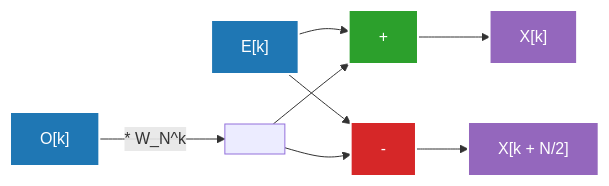
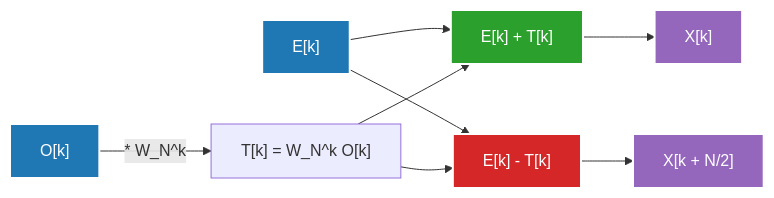
One commit to kenjinote/blog changed the diagram in content/post/fast-fourier-transform-algorithm/index.en.md. Above: the diagram before and after it, drawn with Mermaid. The commit also changed other lines of this file and 6 other files, not shown here.

````diff
--- a/content/post/fast-fourier-transform-algorithm/index.en.md
+++ b/content/post/fast-fourier-transform-algorithm/index.en.md
@@ -94,17 +101,17 @@
 ```mermaid
 graph LR
-    A["E[k]"] --> C["+"]
-    A --> D["-"]
-    B["O[k]"] -- "* W_N^k" --> X[" "]
+    A["E[k]"] --> C["E[k] + T[k]"]
+    A --> D["E[k] - T[k]"]
+    B["O[k]"] -- "* W_N^k" --> X["T[k] = W_N^k O[k]"]
     X --> C
     X --> D
     C --> E["X[k]"]
     D --> F["X[k + N/2]"]
     
     style A fill:#1f77b4,stroke:#fff,stroke-width:2px,color:#fff
     style B fill:#1f77b4,stroke:#fff,stroke-width:2px,color:#fff
     style C fill:#2ca02c,stroke:#fff,stroke-width:2px,color:#fff
     style D fill:#d62728,stroke:#fff,stroke-width:2px,color:#fff
     style E fill:#9467bd,stroke:#fff,stroke-width:2px,color:#fff
     style F fill:#9467bd,stroke:#fff,stroke-width:2px,color:#fff
 ```
````
